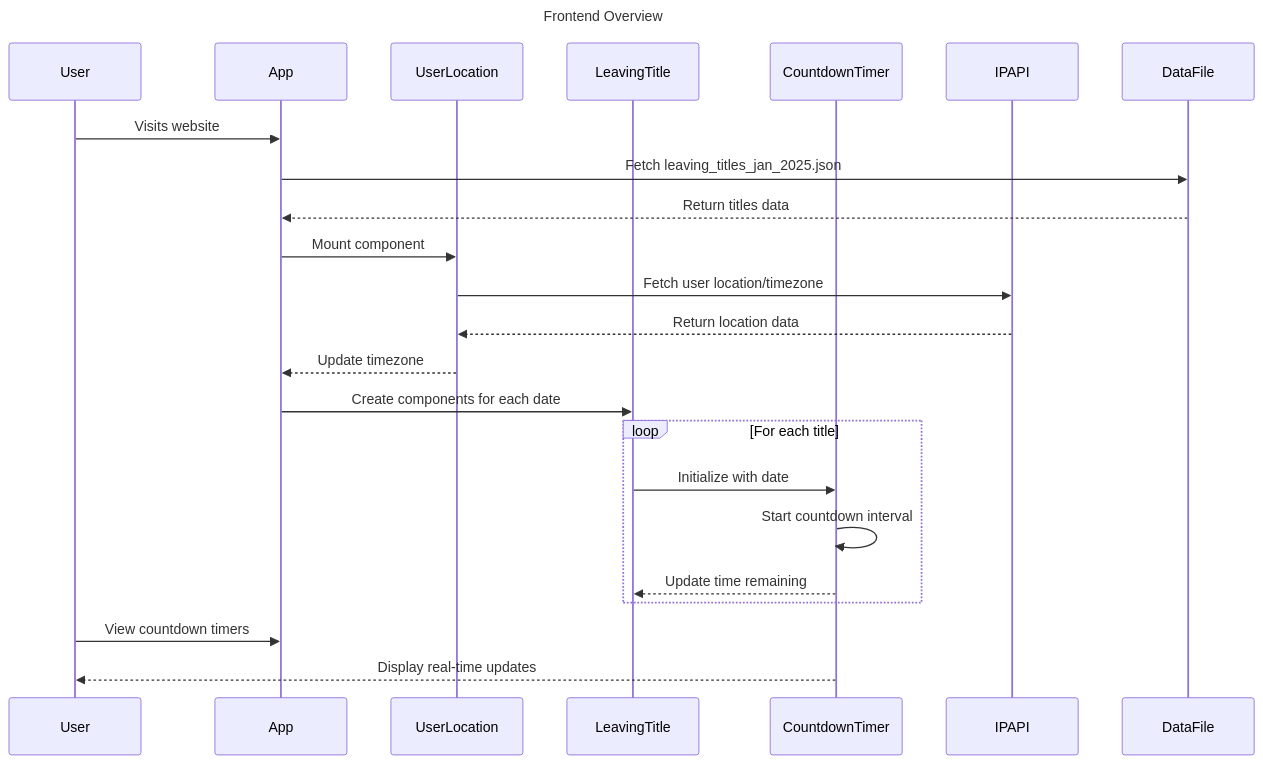
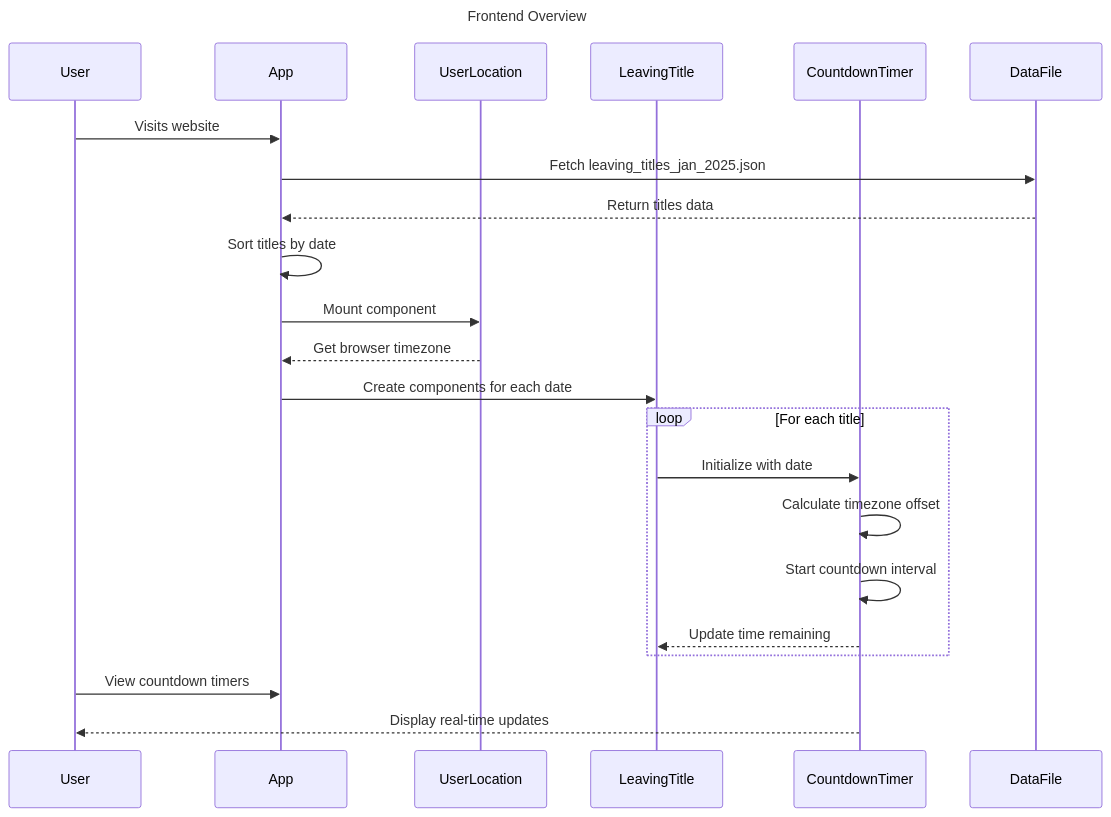
The diagram in docs/mermaid-charts/frontend-overview.mmd (sakan811/show-leaving-soon-tracker-website), drawn with Mermaid before and after one commit. The commit also changed 3 other files, not shown here.

```diff
--- a/docs/mermaid-charts/frontend-overview.mmd
+++ b/docs/mermaid-charts/frontend-overview.mmd
@@ -1,32 +1,32 @@
 ---
 title: Frontend Overview
 ---
 sequenceDiagram
     participant User
     participant App
     participant UserLocation
     participant LeavingTitle
     participant CountdownTimer
-    participant IPAPI
     participant DataFile
 
     User->>App: Visits website
     
     App->>DataFile: Fetch leaving_titles_jan_2025.json
     DataFile-->>App: Return titles data
     
+    App->>App: Sort titles by date
+    
     App->>UserLocation: Mount component
-    UserLocation->>IPAPI: Fetch user location/timezone
-    IPAPI-->>UserLocation: Return location data
-    UserLocation-->>App: Update timezone
+    UserLocation-->>App: Get browser timezone
     
     App->>LeavingTitle: Create components for each date
     
     loop For each title
         LeavingTitle->>CountdownTimer: Initialize with date
+        CountdownTimer->>CountdownTimer: Calculate timezone offset
         CountdownTimer->>CountdownTimer: Start countdown interval
         CountdownTimer-->>LeavingTitle: Update time remaining
     end
     
     User->>App: View countdown timers
     CountdownTimer-->>User: Display real-time updates
```
